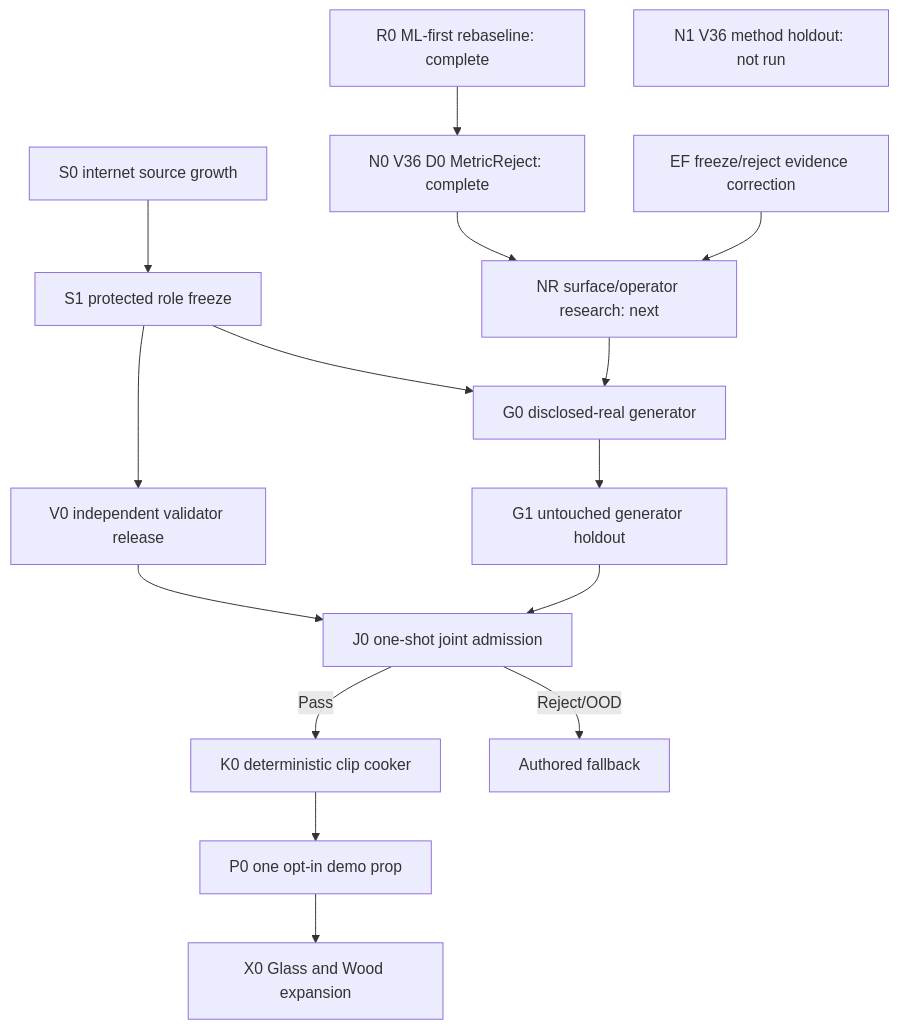
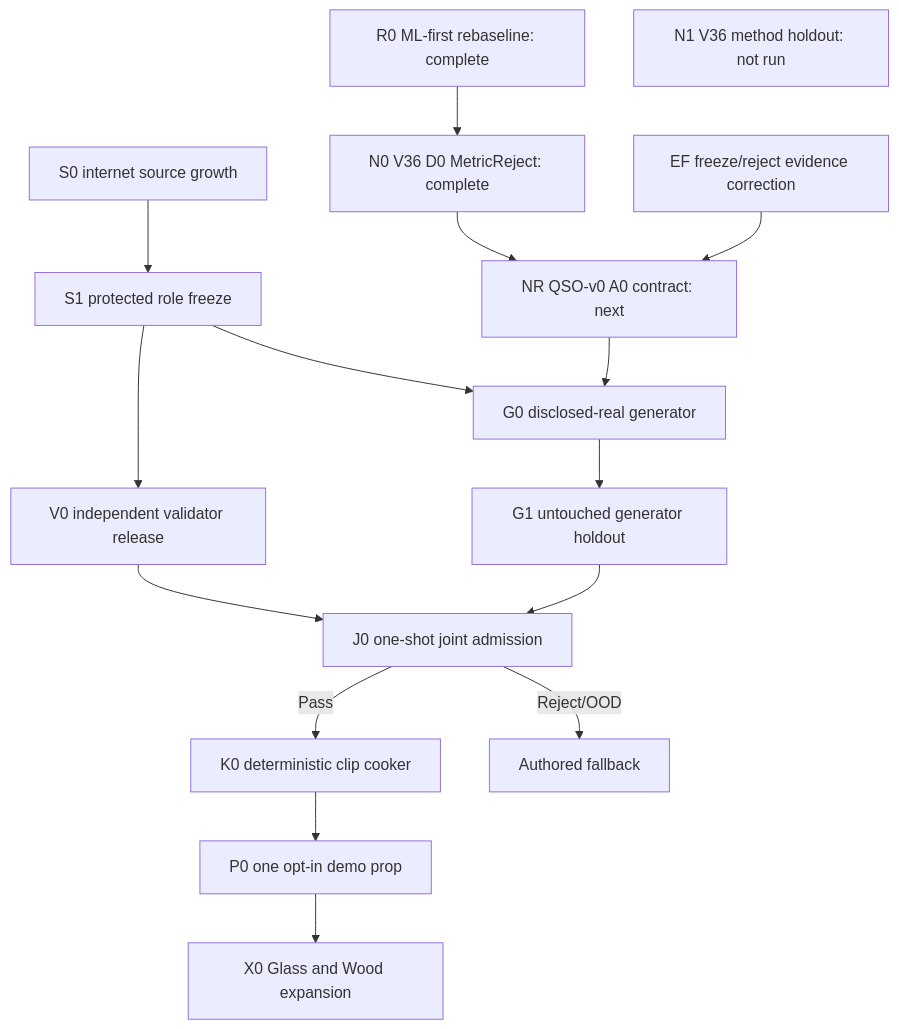
The diagram in docs/plans/physical-sound-synthesis-roadmap-v37.md (kaifaty/NextEngine), drawn with Mermaid before and after one commit. The commit also changed other lines of this file and 4 other files, not shown here.

Commit message:
docs(sound): select V37 query surface operator

````diff
--- a/docs/plans/physical-sound-synthesis-roadmap-v37.md
+++ b/docs/plans/physical-sound-synthesis-roadmap-v37.md
@@ -99,19 +99,19 @@
 ```mermaid
 flowchart TD
     R0["R0 ML-first rebaseline: complete"] --> N0["N0 V36 D0 MetricReject: complete"]
-    N0 --> NR["NR surface/operator research: next"]
+    N0 --> NR["NR QSO-v0 A0 contract: next"]
     N1["N1 V36 method holdout: not run"]
     EF["EF freeze/reject evidence correction"] --> NR
 
     S0["S0 internet source growth"] --> S1["S1 protected role freeze"]
     S1 --> V0["V0 independent validator release"]
     S1 --> G0
     NR --> G0["G0 disclosed-real generator"]
     G0 --> G1["G1 untouched generator holdout"]
     V0 --> J0["J0 one-shot joint admission"]
     G1 --> J0
     J0 -->|"Pass"| K0["K0 deterministic clip cooker"]
     J0 -->|"Reject/OOD"| FB["Authored fallback"]
     K0 --> P0["P0 one opt-in demo prop"]
     P0 --> X0["X0 Glass and Wood expansion"]
 ```
````
